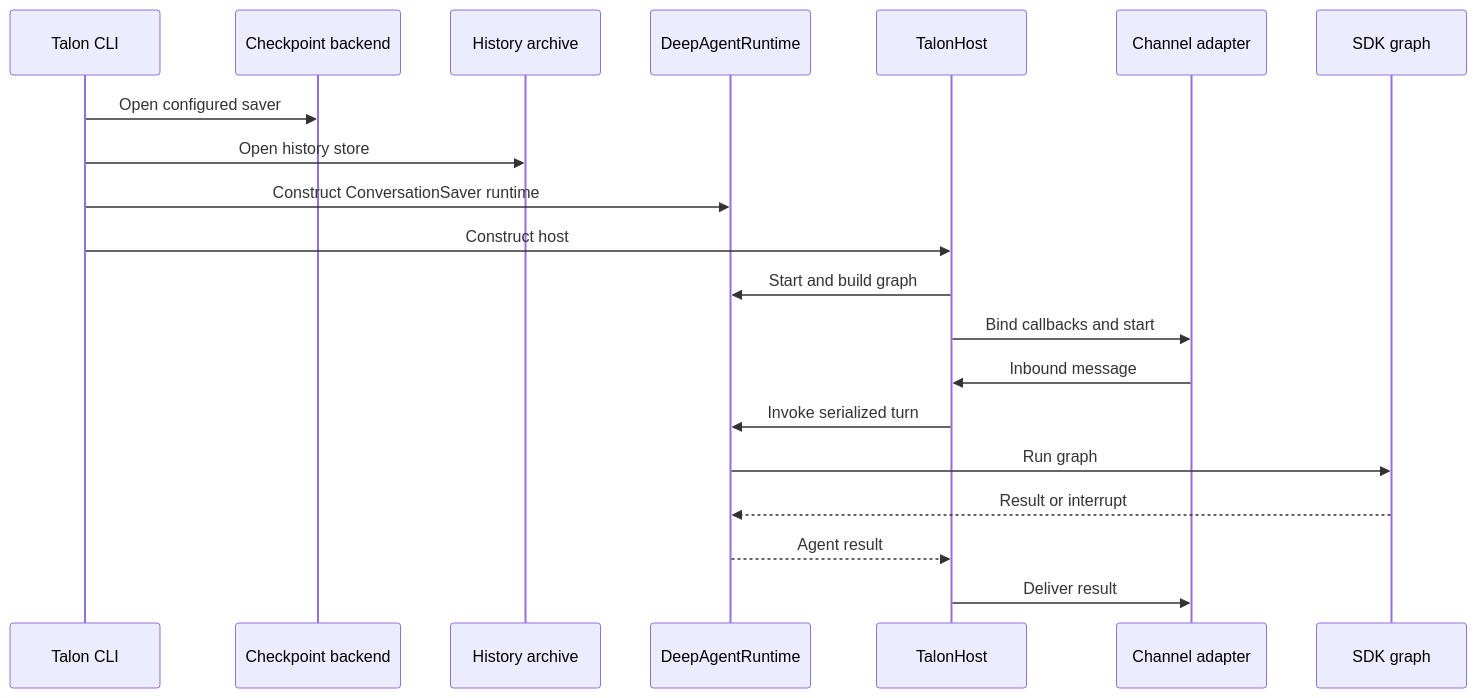
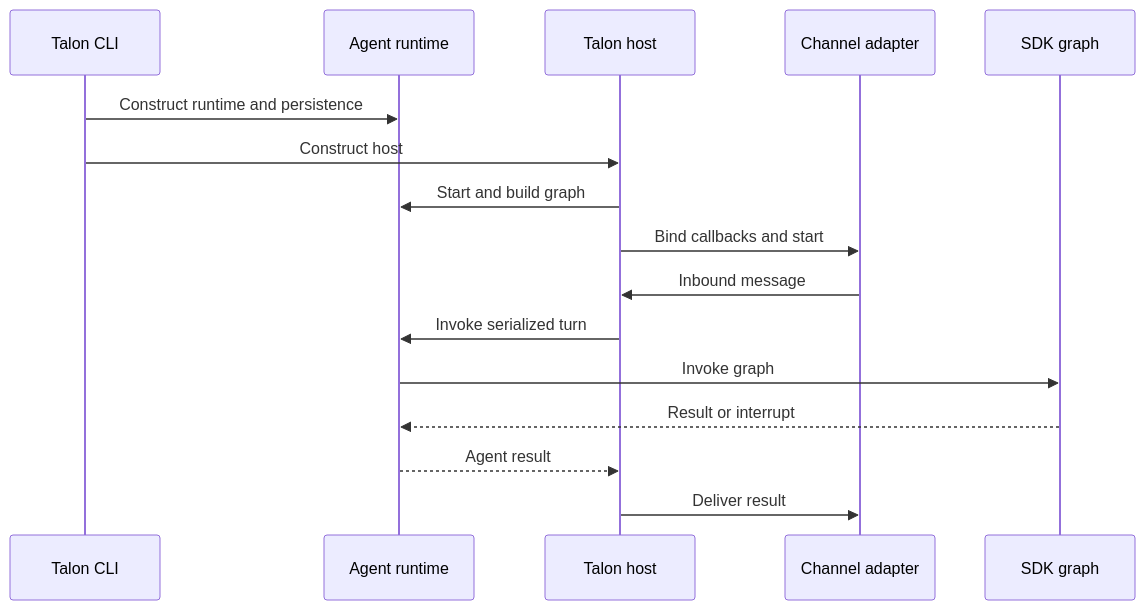
Before and after one commit to langchain-ai/deepagents: the third of 3 diagrams in openwiki/architecture/overview.md, drawn with Mermaid. The commit also changed other lines of this file and 37 other files, not shown here.

````diff
--- a/openwiki/architecture/overview.md
+++ b/openwiki/architecture/overview.md
@@ -166,22 +182,18 @@
 ```mermaid
 sequenceDiagram
-  participant Cli as Talon CLI
-  participant Checkpoints as Checkpoint backend
-  participant Archive as History archive
-  participant Runtime as DeepAgentRuntime
-  participant Host as TalonHost
+  participant CLI as Talon CLI
+  participant Runtime as Agent runtime
+  participant Host as Talon host
   participant Channel as Channel adapter
   participant Graph as SDK graph
-  Cli->>Checkpoints: Open configured saver
-  Cli->>Archive: Open history store
-  Cli->>Runtime: Construct ConversationSaver runtime
-  Cli->>Host: Construct host
+  CLI->>Runtime: Construct runtime and persistence
+  CLI->>Host: Construct host
   Host->>Runtime: Start and build graph
   Host->>Channel: Bind callbacks and start
   Channel->>Host: Inbound message
   Host->>Runtime: Invoke serialized turn
-  Runtime->>Graph: Run graph
+  Runtime->>Graph: Invoke graph
   Graph-->>Runtime: Result or interrupt
   Runtime-->>Host: Agent result
   Host->>Channel: Deliver result
 ```
````
